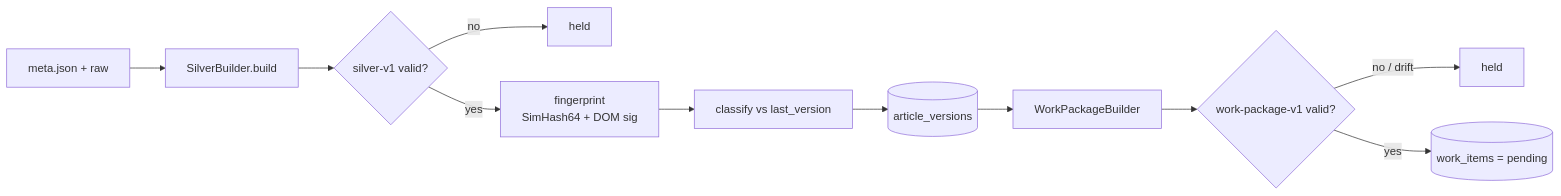
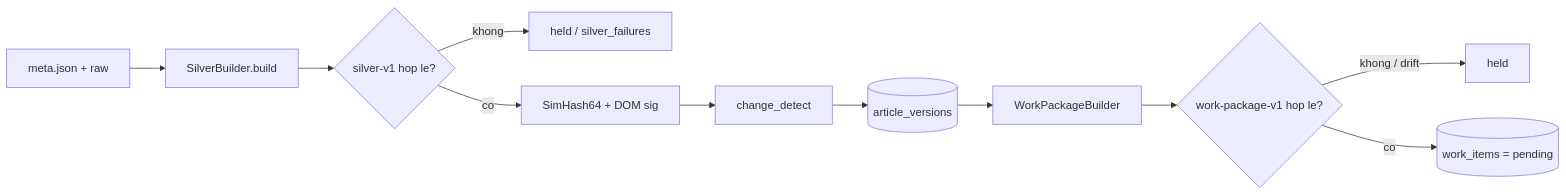
The third of 5 diagrams in project/docs/design/00-end-to-end-architecture.md (Tuanan172-py/fts-news-scape), drawn with Mermaid before and after one commit. The commit also changed other lines of this file and 38 other files, not shown here.

Commit message:
docs(harness): unify architecture state, L0/L1, publish path, manifest SSOT, users/output (US-045, US-046)

````diff
--- a/project/docs/design/00-end-to-end-architecture.md
+++ b/project/docs/design/00-end-to-end-architecture.md
@@ -85,13 +121,9 @@
 ```mermaid
 flowchart LR
-  M[meta.json + raw] --> SB[SilverBuilder.build]
-  SB --> SQ{silver-v1 valid?}
-  SQ -->|no| HELD1[held]
-  SQ -->|yes| FP[fingerprint<br/>SimHash64 + DOM sig]
-  FP --> CLS[classify vs last_version]
-  CLS --> VER[(article_versions)]
-  VER --> PK[WorkPackageBuilder]
-  PK --> PQ{work-package-v1 valid?}
-  PQ -->|no / drift| HELD2[held]
-  PQ -->|yes| ENQ[(work_items = pending)]
+  M[meta.json + raw] --> SB[SilverBuilder.build] --> SQ{silver-v1 hop le?}
+  SQ -->|khong| H1[held / silver_failures]
+  SQ -->|co| FP[SimHash64 + DOM sig] --> CLS[change_detect] --> VER[(article_versions)]
+  VER --> PK[WorkPackageBuilder] --> PQ{work-package-v1 hop le?}
+  PQ -->|khong / drift| H2[held]
+  PQ -->|co| ENQ[(work_items = pending)]
 ```
````
